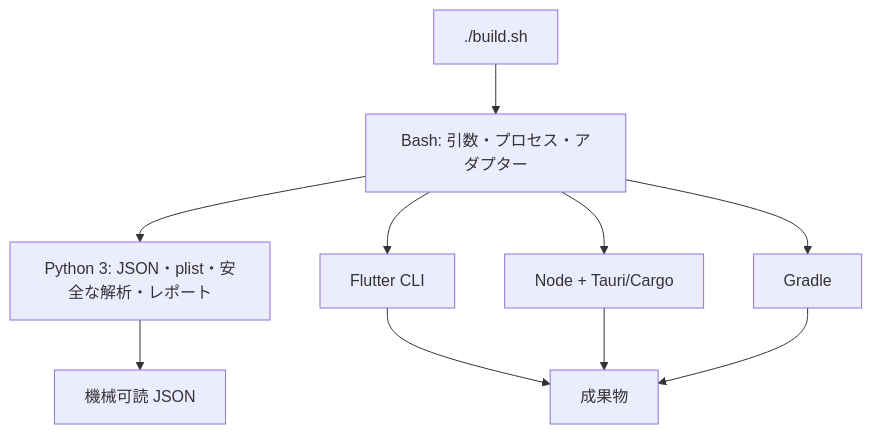
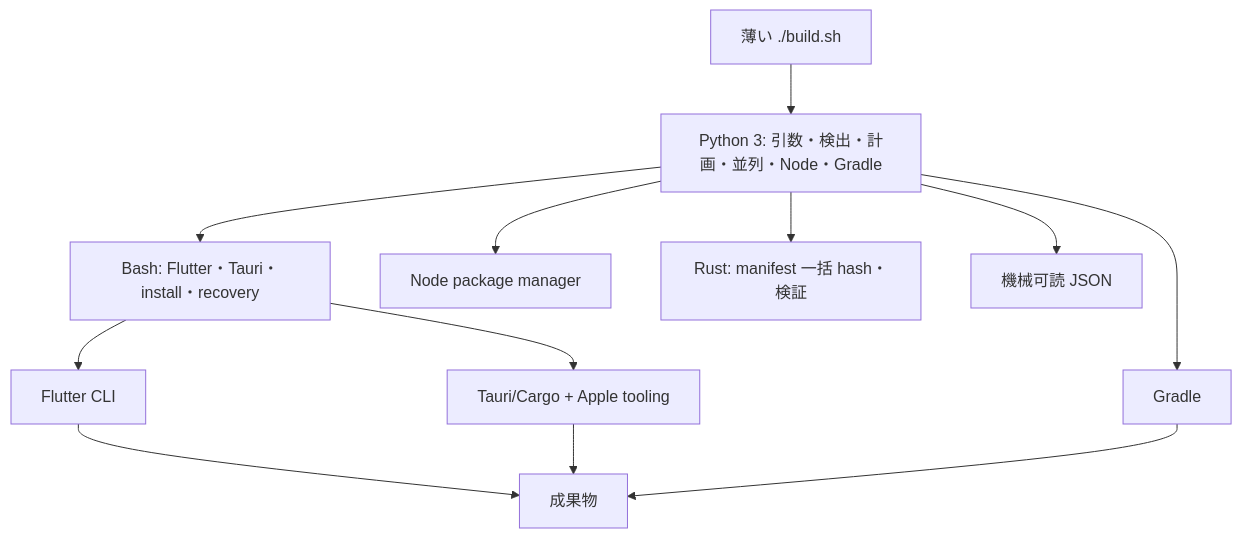
Before and after one commit to kimdzhekhon/Universal-Build-Script: the third of 8 diagrams in README.ja.md, drawn with Mermaid. The commit also changed other lines of this file and 21 other files, not shown here.

Commit message:
feat: shift orchestration to Python and Rust

````diff
--- a/README.ja.md
+++ b/README.ja.md
@@ -95,12 +95,14 @@
 ```mermaid
 flowchart TB
-    E["./build.sh"] --> S["Bash: 引数・プロセス・アダプター"]
-    S --> P["Python 3: JSON・plist・安全な解析・レポート"]
+    E["薄い ./build.sh"] --> P["Python 3: 引数・検出・計画・並列・Node・Gradle"]
+    P --> S["Bash: Flutter・Tauri・install・recovery"]
+    P --> N["Node package manager"]
+    P --> G["Gradle"]
     S --> F["Flutter CLI"]
-    S --> T["Node + Tauri/Cargo"]
-    S --> G["Gradle"]
+    S --> T["Tauri/Cargo + Apple tooling"]
+    P --> R["Rust: manifest 一括 hash・検証"]
     P --> J["機械可読 JSON"]
     F --> A["成果物"]
     T --> A
     G --> A
 ```
````
